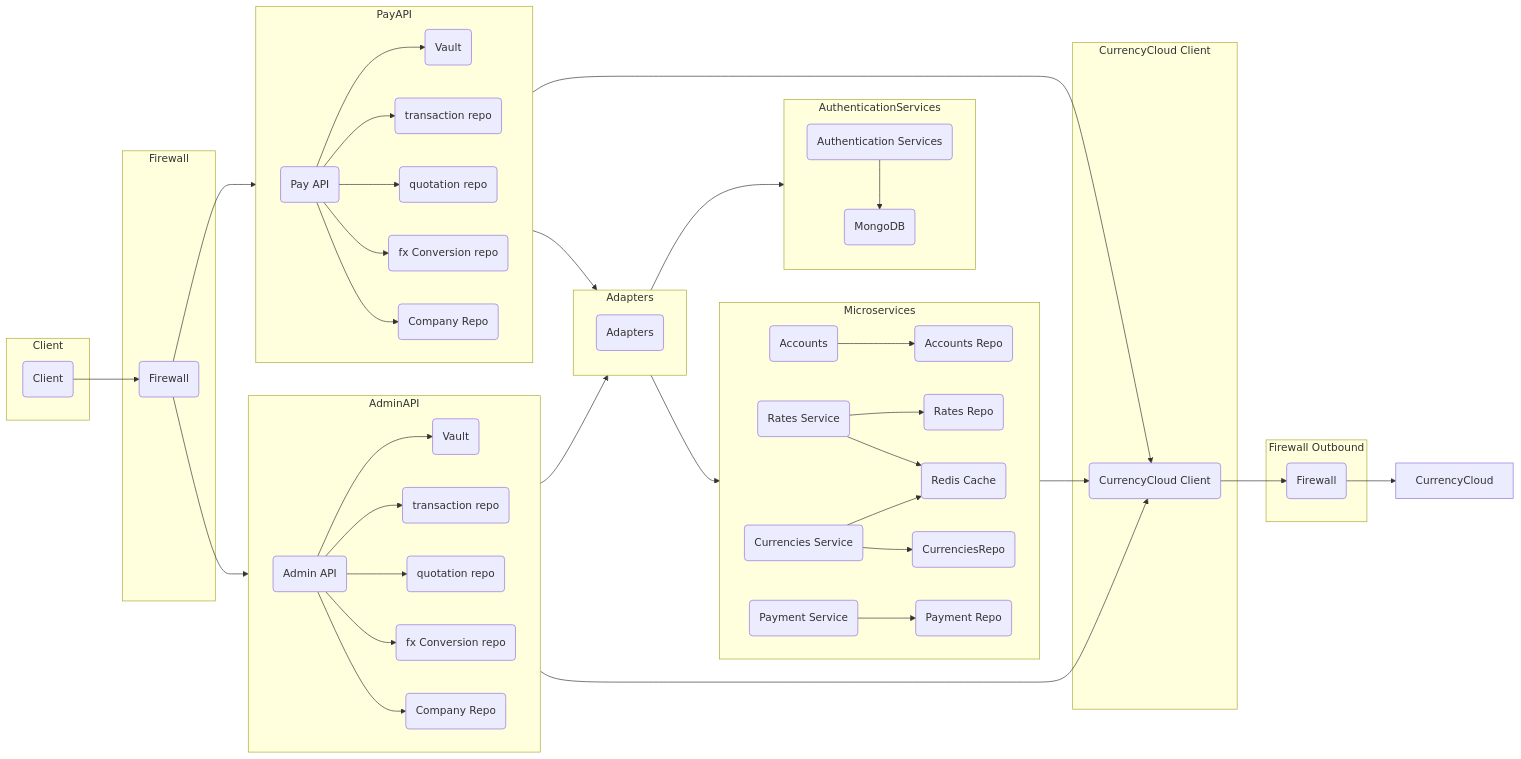
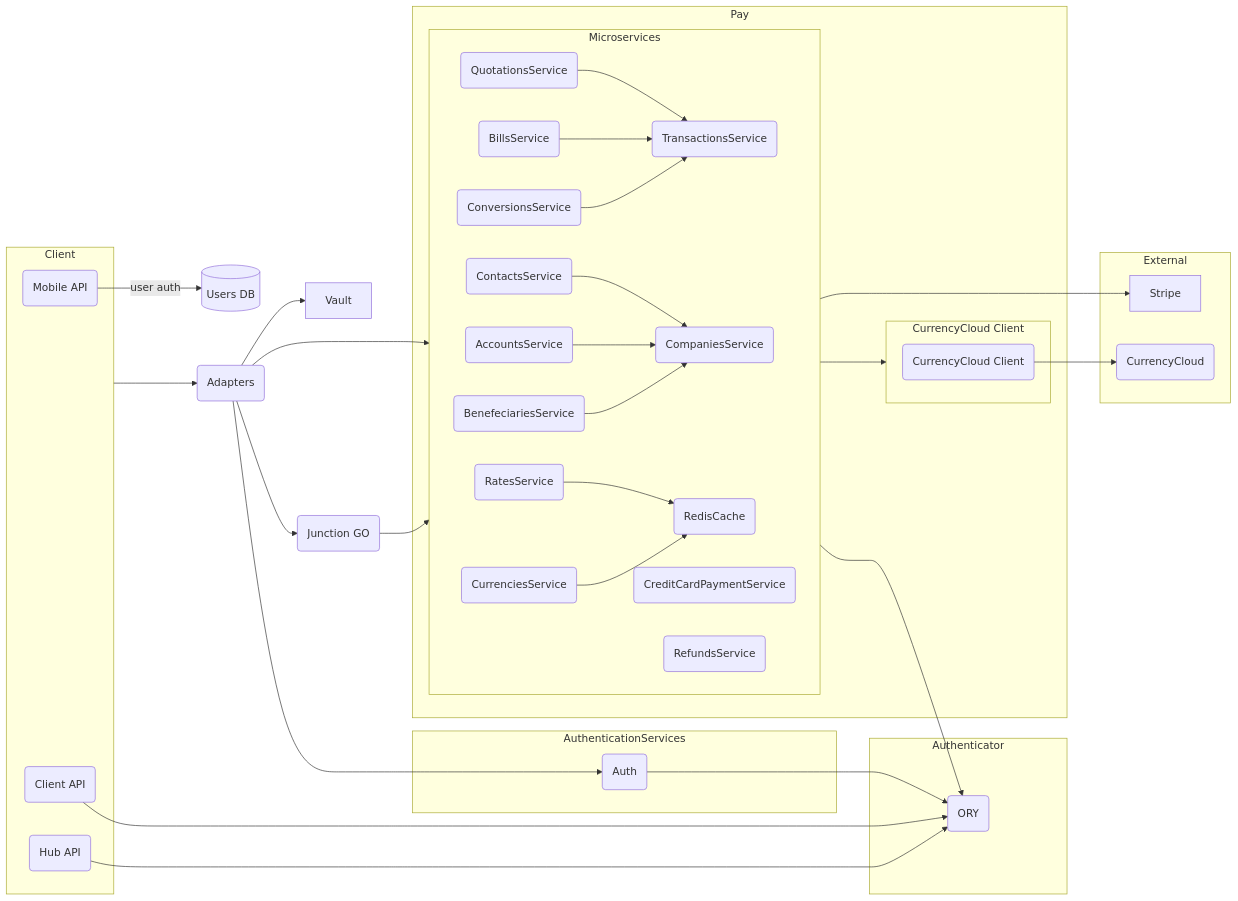
The second of 4 diagrams in docs/engineering/docs/projects/junction/pay.md (marimargaryan86/performancetesting), drawn with Mermaid before and after one commit. The commit also changed other lines of this file, not shown here.

Commit message:
docs(junction/pay): add overview
Refs: junction/junction!4363

````diff
--- a/docs/engineering/docs/projects/junction/pay.md
+++ b/docs/engineering/docs/projects/junction/pay.md
@@ -6,91 +61,80 @@
     flowchart LR
 
         subgraph Client
-            A(Client)
+            HA(Hub API)
+            CA(Client API)
+            MA(Mobile API)
         end
 
-        subgraph Firewall
-            B(Firewall)
+        users[(Users DB)]
+        subgraph Authenticator
+        O(ORY)
         end
 
-        subgraph PayAPI
-            direction LR
-            C(Pay API)
-            E(Vault)
-            I(transaction repo)
-            U(quotation repo)
-            V(fx Conversion repo)
-            W(Company Repo)
-            C --> E
-            C --> I
-            C --> U
-            C --> V
-            C --> W
+        HA-->O
+        CA-->O
+        MA-->|user auth|users
+        Client-->H
+
+        subgraph AuthenticationServices
+            Auth(Auth)
         end
 
-        subgraph AdminAPI
+        H(Adapters)
+
+        H-->Vault
+        H-->Auth
+        H-->JG(Junction GO)
+        H-->MS
+        JG-->T
+
+        Auth-->O
+
+        subgraph MS[Microservices]
             direction LR
-            D(Admin API)
-            X(Vault)
-            Y(transaction repo)
-            Z(quotation repo)
-            A1(fx Conversion repo)
-            B2(Company Repo)
+            CCS(CreditCardPaymentService)
+            CS(CompaniesService)
+            AS(AccountsService)
+            CTCS(ContactsService)
+            BNFS(BenefeciariesService)
+            CCY(CurrenciesService)
+            J(RatesService)
+            RS(RefundsService)
+            T(TransactionsService)
+            QS(QuotationsService)
+            CVS(ConversionsService)
+            BS(BillsService)
+            N(RedisCache)
 
-            D --> X
-            D --> Y
-            D --> Z
-            D --> A1
-            D --> B2
+            CTCS-->CS
+            AS-->CS
+            BNFS-->CS
+
+            QS-->T
+            BS-->T
+            CVS-->T
+
+            J-->N
+            CCY-->N
         end
 
-        subgraph AuthenticationServices
-            F(Authentication Services)
-            G(MongoDB)
-            F --> G
-        end
+        CCS-->STP
 
-        subgraph Adapters
-            H(Adapters)
-        end
-
-        subgraph Microservices
-            direction LR
-                J(Rates Service)
-                K(Rates Repo)
-                L(Currencies Service)
-                M(CurrenciesRepo)
-                N(Redis Cache)
-                O(Accounts)
-                P(Accounts Repo)
-                Q(Payment Service)
-                R(Payment Repo)
-                O --> P
-                J --> K
-                J --> N
-                L --> N
-                L --> M
-                Q --> R
-        end
-
-        subgraph CurrencyCloud Client
+        subgraph CCLDC[CurrencyCloud Client]
             S(CurrencyCloud Client)
         end
 
-        subgraph Firewall Outbound
-            T(Firewall)
+        MS-->O
+
+        subgraph Pay
+        MS-->CCLDC
         end
 
-        A --> B
-        B --> PayAPI
-        B --> AdminAPI
-        PayAPI --> S
-        PayAPI --> Adapters
-        AdminAPI --> Adapters
-        Adapters --> AuthenticationServices
-        Adapters --> Microservices
-        Microservices --> S
-        S --> T
-        T --> CurrencyCloud
-        AdminAPI --> S
+        subgraph EX[External]
+            CC(CurrencyCloud)
+            STP[Stripe]
+        end
+
+        S-->CC
+
 ```
````
